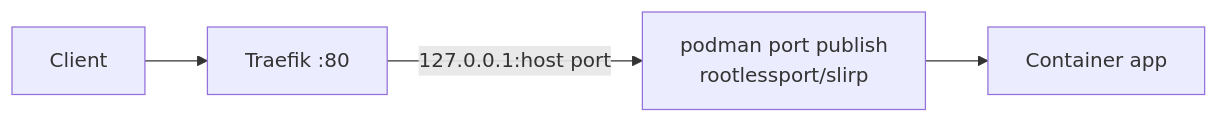
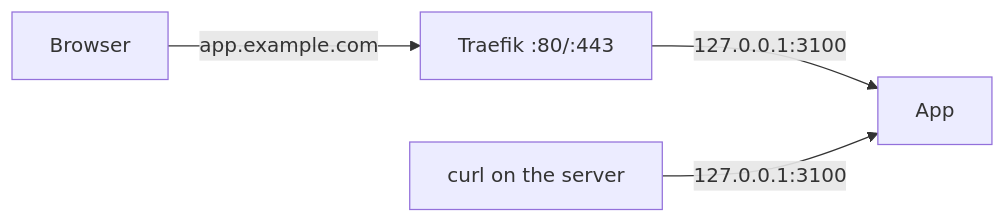
One commit to daschinmoy21/russel changed the diagram in docs/concepts/networking.md. Above: the diagram before and after it, drawn with Mermaid. The commit also changed other lines of this file and 33 other files, not shown here.

````diff
--- a/docs/concepts/networking.md
+++ b/docs/concepts/networking.md
@@ -46,6 +10,6 @@
 ```mermaid
 flowchart LR
-    CLIENT2[Client] --> T2[Traefik :80]
-    T2 -->|127.0.0.1:host port| P[podman port publish<br/>rootlessport/slirp]
-    P --> G2[Container app]
+    CLIENT[Browser] -->|app.example.com| T[Traefik :80/:443]
+    T -->|127.0.0.1:3100| A[App]
+    CURL[curl on the server] -->|127.0.0.1:3100| A
 ```
````
